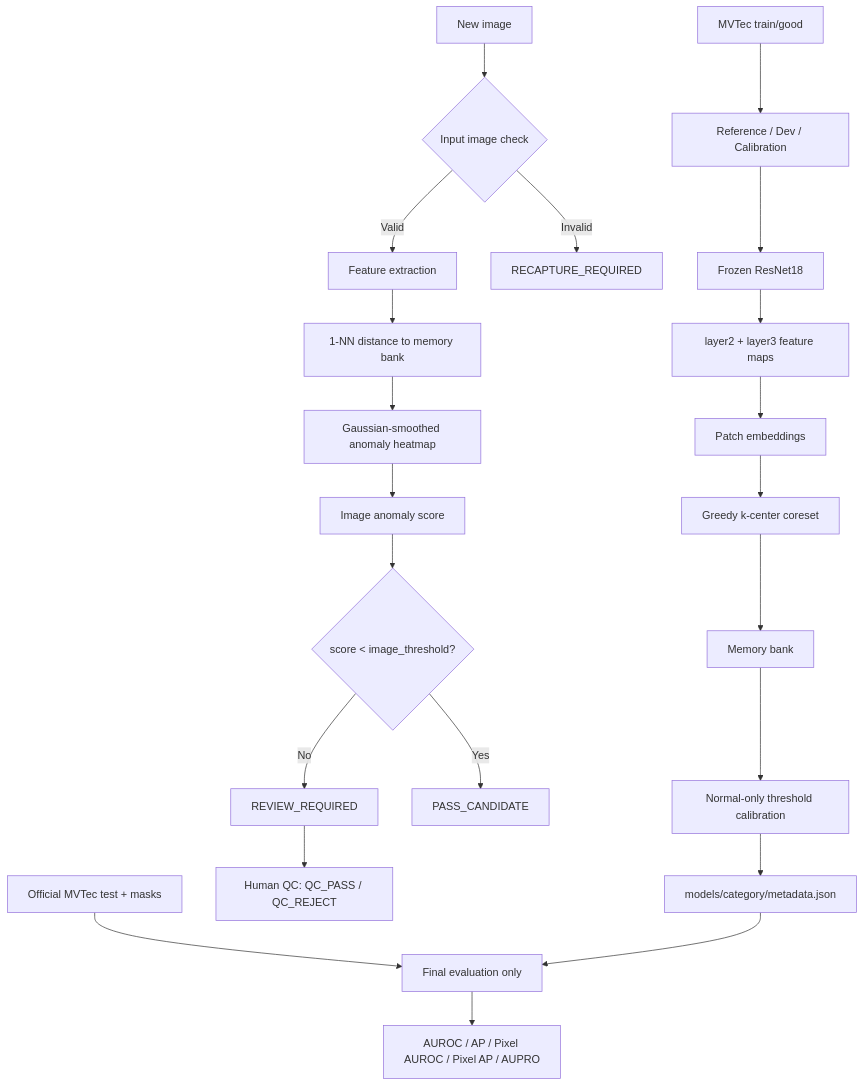
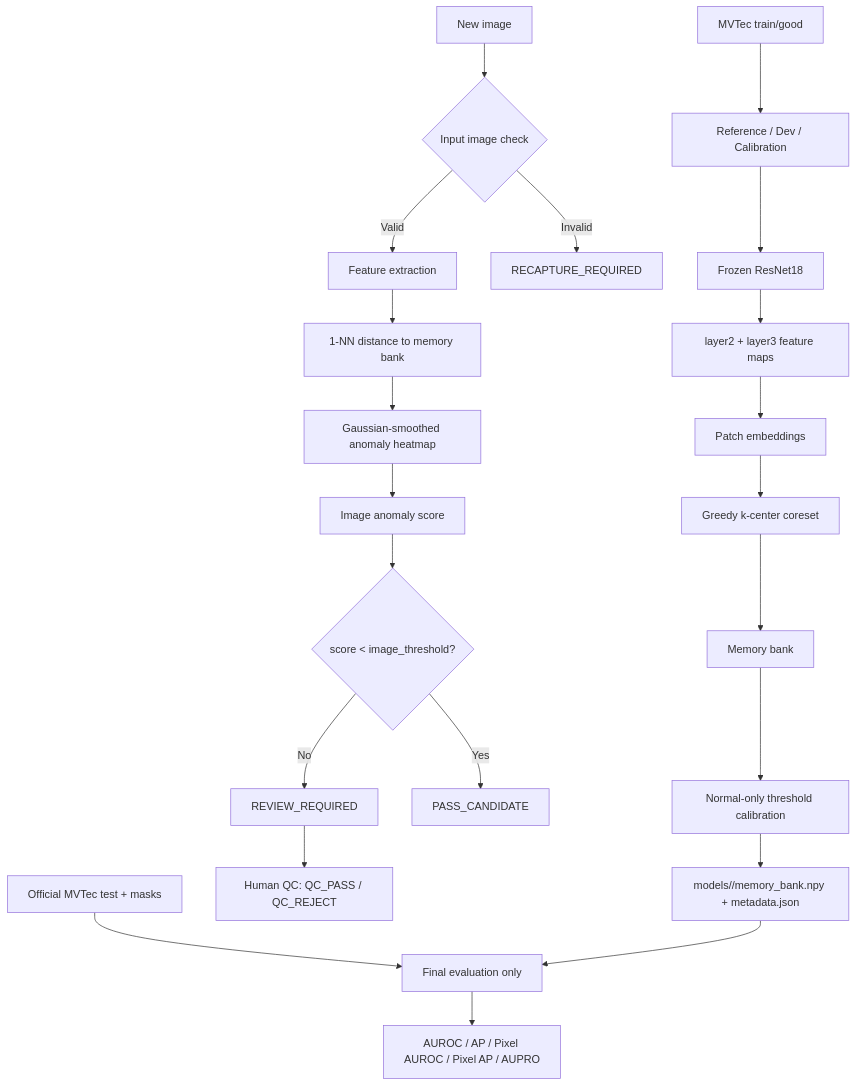
Before and after one commit to haminhthong/MVTec-Anomaly-Detection: the diagram in README.md, drawn with Mermaid. The commit also changed other lines of this file, not shown here.

````diff
--- a/README.md
+++ b/README.md
@@ -27,26 +27,26 @@
 ```mermaid
 flowchart TD
     A["MVTec train/good"] --> B["Reference / Dev / Calibration"]
     B --> C["Frozen ResNet18"]
     C --> D["layer2 + layer3 feature maps"]
     D --> E["Patch embeddings"]
     E --> F["Greedy k-center coreset"]
     F --> G["Memory bank"]
     G --> H["Normal-only threshold calibration"]
-    H --> I["models/category/metadata.json"]
+    H --> I["models/<category>/memory_bank.npy + metadata.json"]
 
     J["New image"] --> K{"Input image check"}
     K -- "Invalid" --> L["RECAPTURE_REQUIRED"]
     K -- "Valid" --> M["Feature extraction"]
     M --> N["1-NN distance to memory bank"]
     N --> O["Gaussian-smoothed anomaly heatmap"]
     O --> P["Image anomaly score"]
     P --> Q{"score < image_threshold?"}
     Q -- "Yes" --> R["PASS_CANDIDATE"]
     Q -- "No" --> S["REVIEW_REQUIRED"]
     S --> T["Human QC: QC_PASS / QC_REJECT"]
 
     U["Official MVTec test + masks"] --> V["Final evaluation only"]
     I --> V
     V --> W["AUROC / AP / Pixel AUROC / Pixel AP / AUPRO"]
 ```
````
